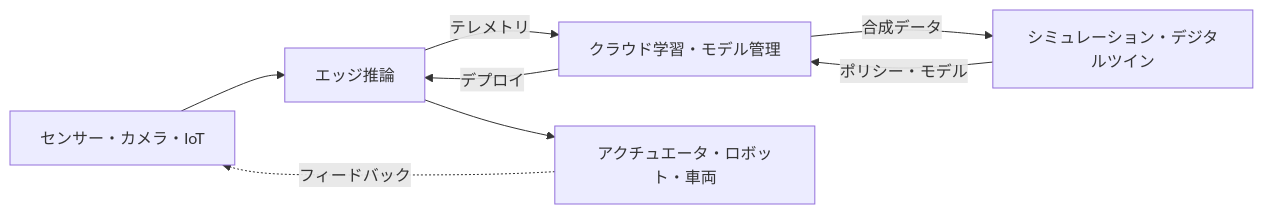
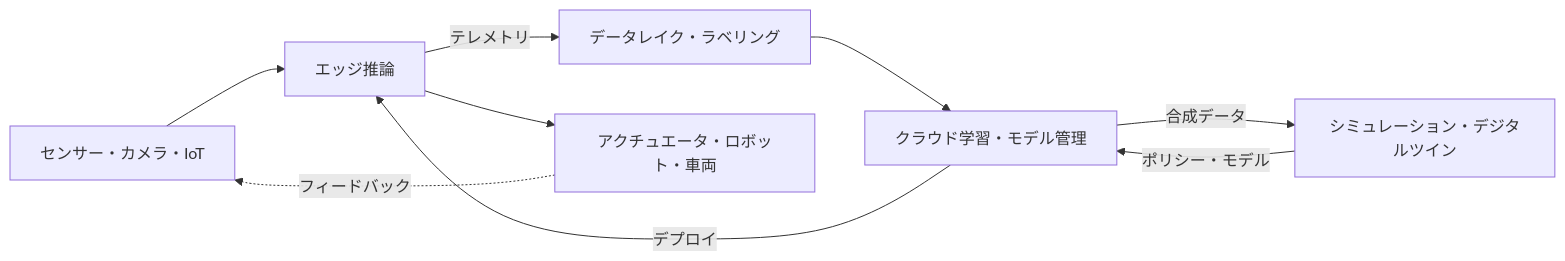
The diagram in src/content/docs/ja/ai/physical-ai.md (cloudpickr/cloudpick-docs), drawn with Mermaid before and after one commit. The commit also changed other lines of this file and 2 other files, not shown here.

````diff
--- a/src/content/docs/ja/ai/physical-ai.md
+++ b/src/content/docs/ja/ai/physical-ai.md
@@ -14,10 +14,11 @@
 ```mermaid
 flowchart LR
     S[センサー・カメラ・IoT] --> E[エッジ推論]
-    E -->|テレメトリ| C[クラウド学習・モデル管理]
+    E -->|テレメトリ| D[データレイク・ラベリング]
+    D --> C[クラウド学習・モデル管理]
     C -->|合成データ| SIM[シミュレーション・デジタルツイン]
     SIM -->|ポリシー・モデル| C
     C -->|デプロイ| E
     E --> A[アクチュエータ・ロボット・車両]
     A -.フィードバック.-> S
 ```
````
